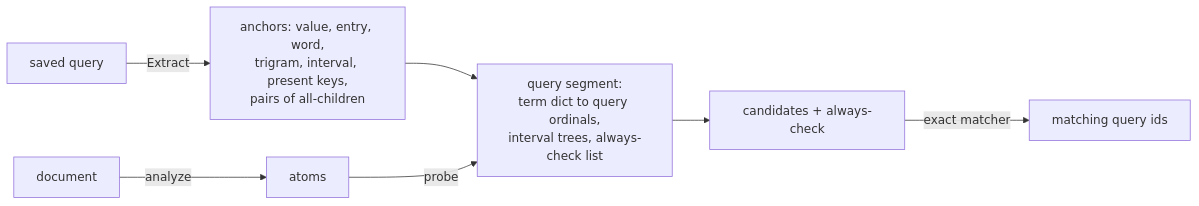
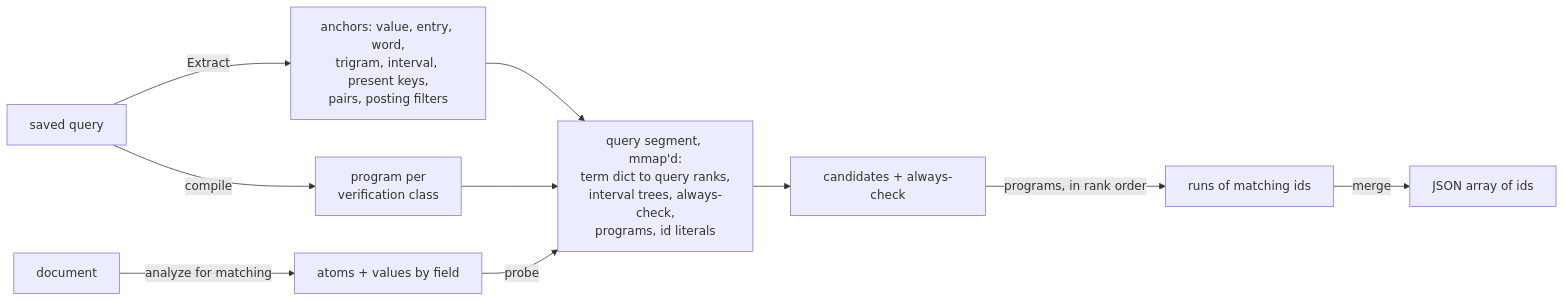
The third of 5 diagrams in docs/architecture.md (Imposter/go-searchlight), drawn with Mermaid before and after one commit. The commit also changed other lines of this file and 3 other files, not shown here.

````diff
--- a/docs/architecture.md
+++ b/docs/architecture.md
@@ -189,9 +189,12 @@
 ```mermaid
 flowchart LR
-  Q[saved query] -->|Extract| AN[anchors: value, entry, word,<br/>trigram, interval, present keys,<br/>pairs of all-children]
-  AN --> QS[query segment:<br/>term dict to query ordinals,<br/>interval trees, always-check list]
-  D[document] -->|analyze| AT[atoms]
+  Q[saved query] -->|Extract| AN[anchors: value, entry, word,<br/>trigram, interval, present keys,<br/>pairs, posting filters]
+  Q -->|compile| PR[program per<br/>verification class]
+  AN --> QS[query segment, mmap'd:<br/>term dict to query ranks,<br/>interval trees, always-check,<br/>programs, id literals]
+  PR --> QS
+  D[document] -->|analyze for matching| AT[atoms + values by field]
   AT -->|probe| QS
   QS --> CAND[candidates + always-check]
-  CAND -->|exact matcher| M[matching query ids]
+  CAND -->|programs, in rank order| M[runs of matching ids]
+  M -->|merge| J[JSON array of ids]
 ```
````
